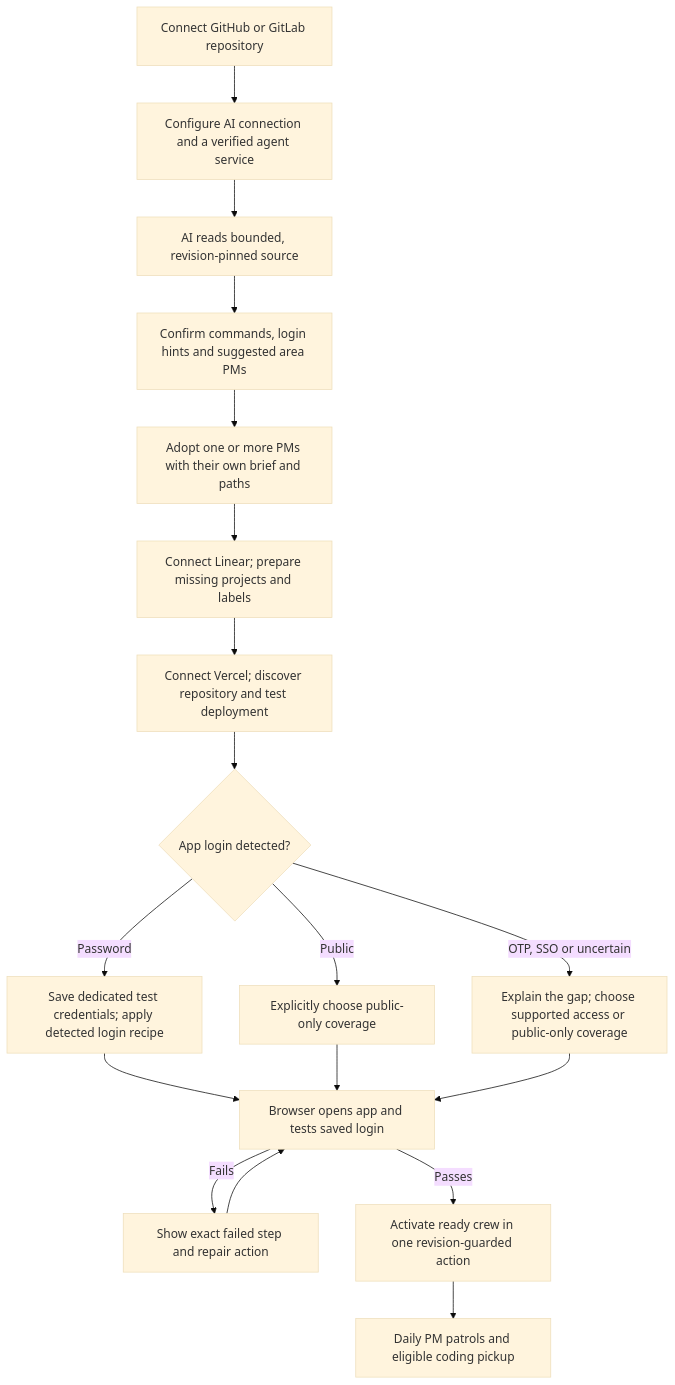
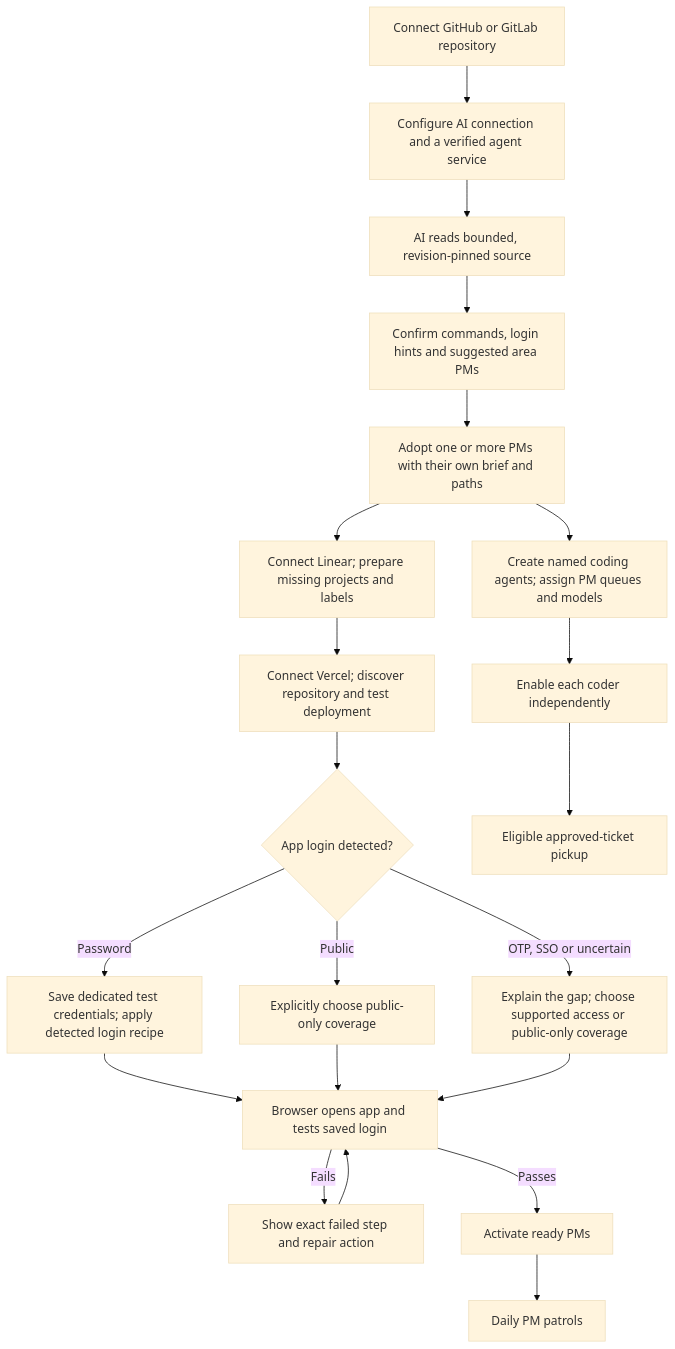
Before and after one commit to AgentBurgundy/shipgremlins: the first of 4 diagrams in docs/AUTONOMOUS_WORKFLOW.md, drawn with Mermaid (base theme). The commit also changed 84 other files, not shown here.

Commit message:
feat: separate PMs and named coding agents (#38)

````diff
--- a/docs/AUTONOMOUS_WORKFLOW.md
+++ b/docs/AUTONOMOUS_WORKFLOW.md
@@ -13,20 +13,23 @@
 ```mermaid
 flowchart TD
   Repo[Connect GitHub or GitLab repository] --> Worker[Configure AI connection and a verified agent service]
   Worker --> Inspect[AI reads bounded, revision-pinned source]
   Inspect --> Review[Confirm commands, login hints and suggested area PMs]
   Review --> Adopt[Adopt one or more PMs with their own brief and paths]
   Adopt --> Linear[Connect Linear; prepare missing projects and labels]
   Linear --> Hosting[Connect Vercel; discover repository and test deployment]
   Hosting --> Access{App login detected?}
   Access -->|Password| Account[Save dedicated test credentials; apply detected login recipe]
   Access -->|Public| Public[Explicitly choose public-only coverage]
   Access -->|OTP, SSO or uncertain| Clarify[Explain the gap; choose supported access or public-only coverage]
   Account --> Probe[Browser opens app and tests saved login]
   Public --> Probe
   Clarify --> Probe
   Probe -->|Fails| Repair[Show exact failed step and repair action]
   Repair --> Probe
-  Probe -->|Passes| Activate[Activate ready crew in one revision-guarded action]
-  Activate --> Patrol[Daily PM patrols and eligible coding pickup]
+  Probe -->|Passes| Activate[Activate ready PMs]
+  Activate --> Patrol[Daily PM patrols]
+  Adopt --> Coder[Create named coding agents; assign PM queues and models]
+  Coder --> Enable[Enable each coder independently]
+  Enable --> Pickup[Eligible approved-ticket pickup]
 ```
````
